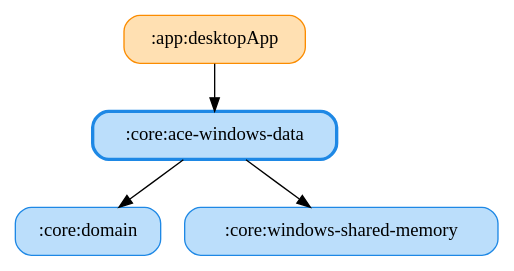
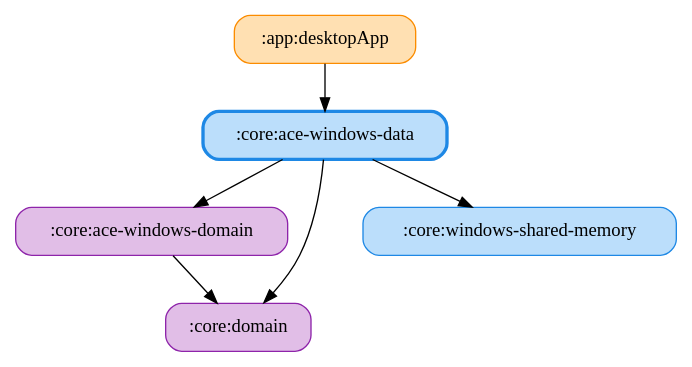
Before and after one commit to ai-kurou/KoDriver: the diagram in docs/graphs/core-ace-windows-data.gv, drawn with Graphviz. The commit also changed 898 other files, not shown here.

Commit message:
:core:domain をシミュレーター別のドメインモジュールに分割する(LMU・ACE・GT7) (#2411)

```diff
--- a/docs/graphs/core-ace-windows-data.gv
+++ b/docs/graphs/core-ace-windows-data.gv
@@ -1,11 +1,14 @@
 digraph G {
   rankdir=TB
   node [shape=box, style="rounded,filled"]
   ":app:desktopApp" [fillcolor="#FFE0B2", color="#FB8C00", penwidth=1]
   ":core:ace-windows-data" [fillcolor="#BBDEFB", color="#1E88E5", penwidth=2.5]
-  ":core:domain" [fillcolor="#BBDEFB", color="#1E88E5", penwidth=1]
+  ":core:ace-windows-domain" [fillcolor="#E1BEE7", color="#8E24AA", penwidth=1]
+  ":core:domain" [fillcolor="#E1BEE7", color="#8E24AA", penwidth=1]
   ":core:windows-shared-memory" [fillcolor="#BBDEFB", color="#1E88E5", penwidth=1]
   ":app:desktopApp" -> ":core:ace-windows-data"
   ":core:ace-windows-data" -> ":core:domain"
+  ":core:ace-windows-data" -> ":core:ace-windows-domain"
   ":core:ace-windows-data" -> ":core:windows-shared-memory"
+  ":core:ace-windows-domain" -> ":core:domain"
 }
```
